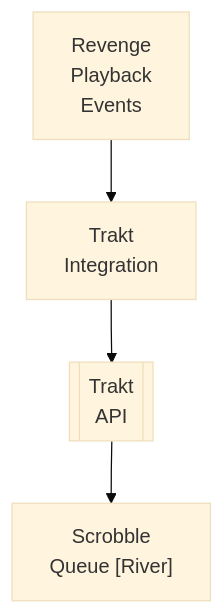
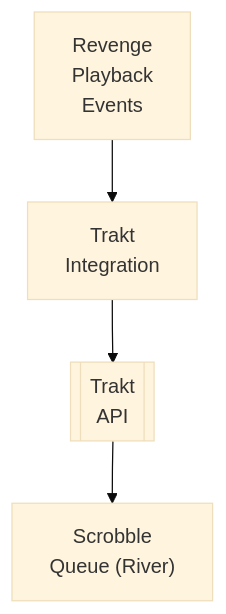
The diagram in docs/dev/design/integrations/scrobbling/TRAKT.md (lusoris/revenge), drawn with Mermaid (base theme) before and after one commit. The commit also changed 210 other files, not shown here.

First line of the commit message:
fix(docs): Use quoted labels in Mermaid to preserve parentheses

````diff
--- a/docs/dev/design/integrations/scrobbling/TRAKT.md
+++ b/docs/dev/design/integrations/scrobbling/TRAKT.md
@@ -59,10 +59,10 @@
 ```mermaid
 flowchart TD
     node1["Revenge<br/>Playback<br/>Events"]
     node2["Trakt<br/>Integration"]
-    node3[[Trakt<br/>API]]
-    node4["Scrobble<br/>Queue [River]"]
+    node3[["Trakt<br/>API"]]
+    node4["Scrobble<br/>Queue (River)"]
     node1 --> node2
     node2 --> node3
     node3 --> node4
 ```
````
